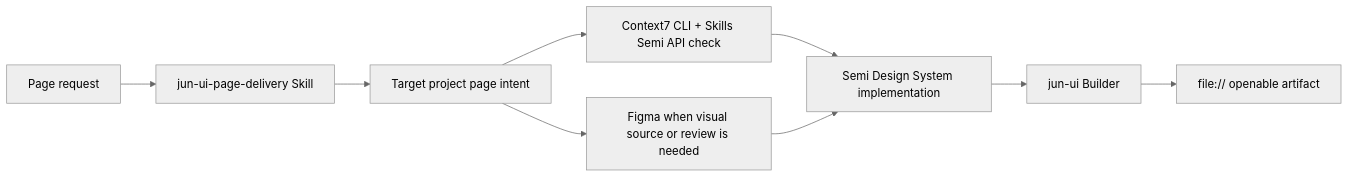
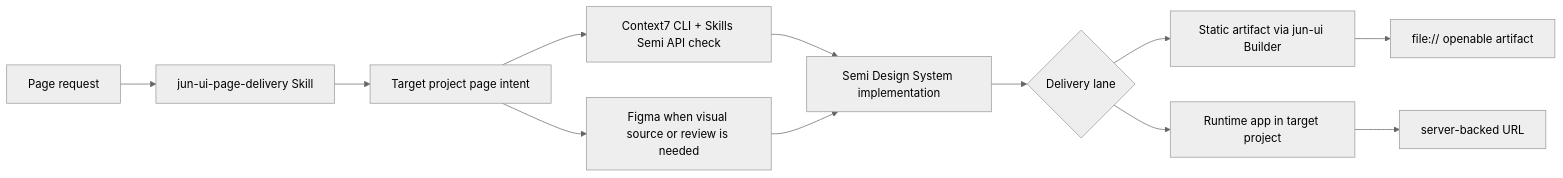
Before and after one commit to junhuangdev/jun-ui: the diagram in docs/design-system.md, drawn with Mermaid (neutral theme). The commit also changed other lines of this file and 2 other files, not shown here.

First line of the commit message:
Add interaction affordance hierarchy to page-delivery

````diff
--- a/docs/design-system.md
+++ b/docs/design-system.md
@@ -23,11 +23,14 @@
 ```mermaid
 flowchart LR
   A["Page request"] --> B["jun-ui-page-delivery Skill"]
   B --> C["Target project page intent"]
   C --> D["Figma when visual source or review is needed"]
   C --> E["Context7 CLI + Skills Semi API check"]
   E --> F["Semi Design System implementation"]
   D --> F
-  F --> G["jun-ui Builder"]
-  G --> H["file:// openable artifact"]
+  F --> G{"Delivery lane"}
+  G --> H["Static artifact via jun-ui Builder"]
+  G --> I["Runtime app in target project"]
+  H --> J["file:// openable artifact"]
+  I --> K["server-backed URL"]
 ```
````
